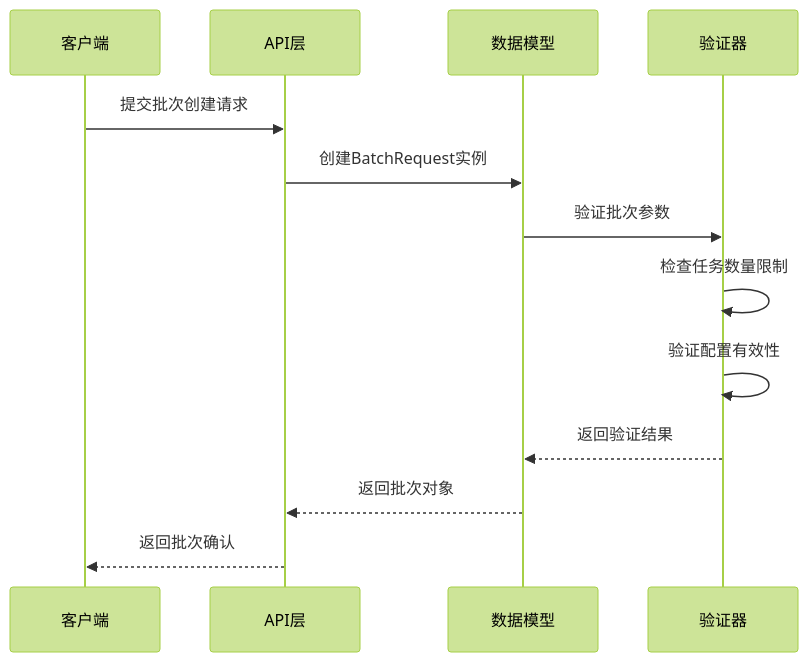
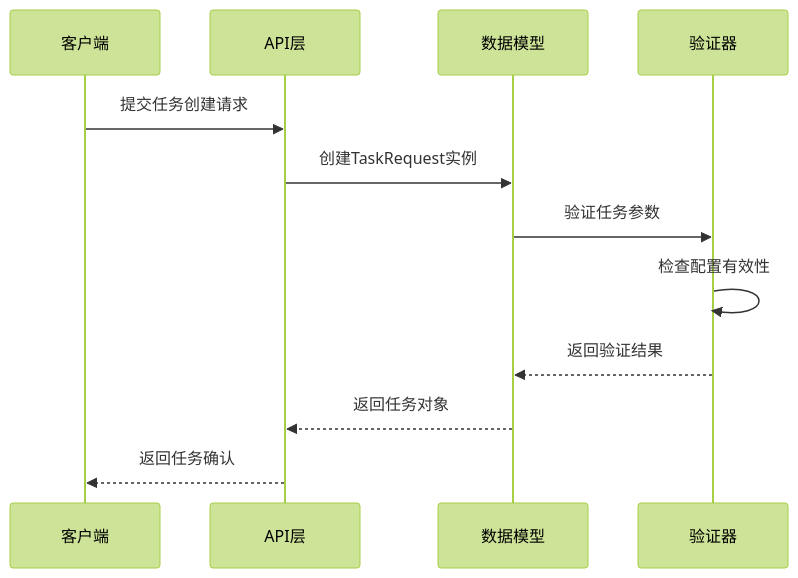
The first of 5 diagrams in docs/iteration-3-prediction-model/tasks_task_manager.md (Casper-Mars/qtrade), drawn with Mermaid (forest theme) before and after one commit. The commit also changed other lines of this file and 12 other files, not shown here.

````diff
--- a/docs/iteration-3-prediction-model/tasks_task_manager.md
+++ b/docs/iteration-3-prediction-model/tasks_task_manager.md
@@ -12,16 +12,15 @@
     ```mermaid
     sequenceDiagram
         participant Client as 客户端
         participant API as API层
         participant Model as 数据模型
         participant Validator as 验证器
         
-        Client->>API: 提交批次创建请求
-        API->>Model: 创建BatchRequest实例
-        Model->>Validator: 验证批次参数
-        Validator->>Validator: 检查任务数量限制
-        Validator->>Validator: 验证配置有效性
+        Client->>API: 提交任务创建请求
+        API->>Model: 创建TaskRequest实例
+        Model->>Validator: 验证任务参数
+        Validator->>Validator: 检查配置有效性
         Validator-->>Model: 返回验证结果
-        Model-->>API: 返回批次对象
-        API-->>Client: 返回批次确认
+        Model-->>API: 返回任务对象
+        API-->>Client: 返回任务确认
     ```
````
